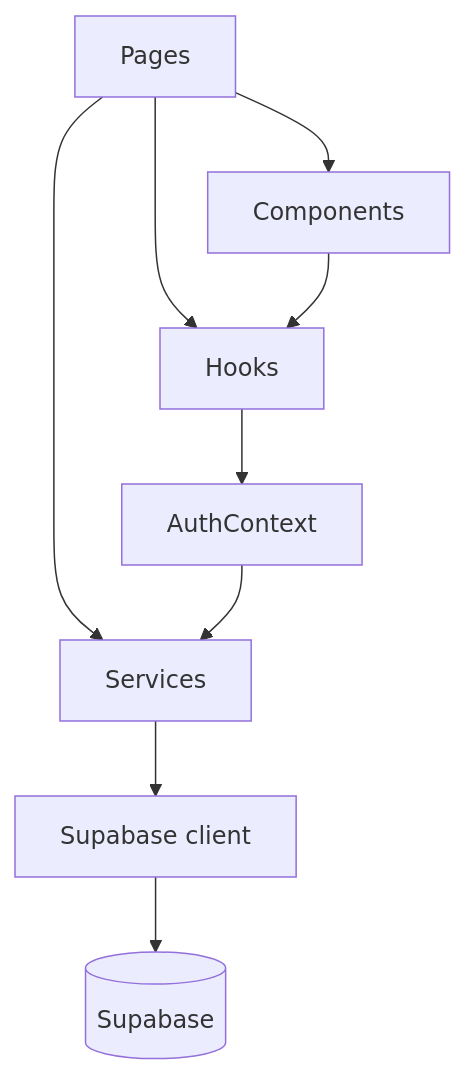
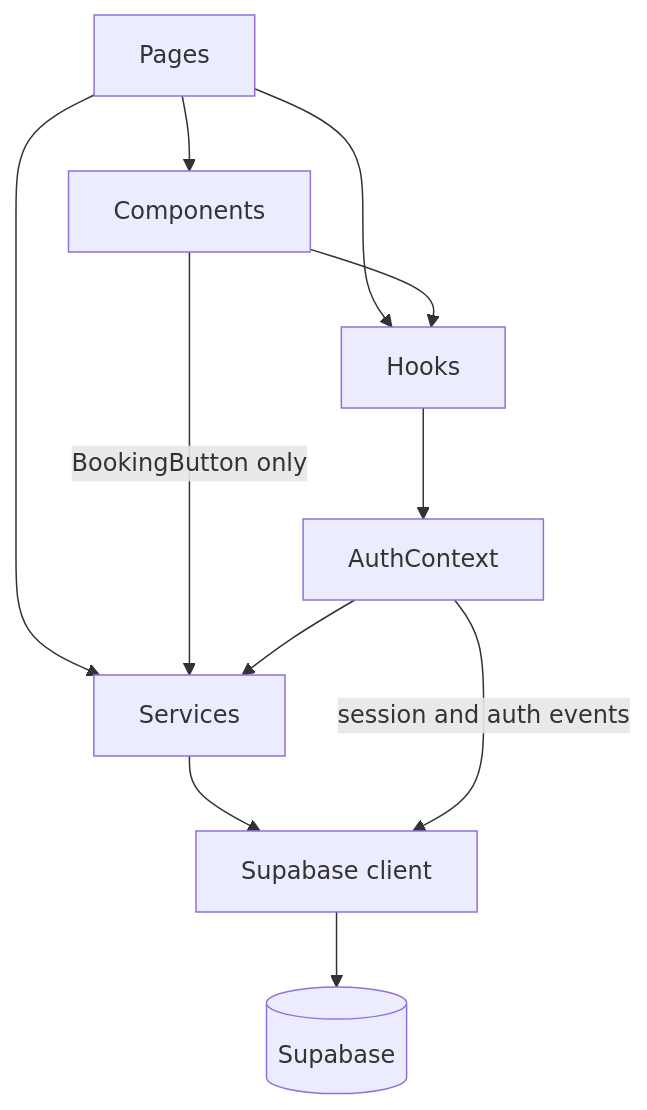
The second of 6 diagrams in architecture.md (TheGhost501/rescue_ready_react_project), drawn with Mermaid before and after one commit. The commit also changed other lines of this file and 2 other files, not shown here.

Commit message:
Updated architecture and readme file to match final state

````diff
--- a/architecture.md
+++ b/architecture.md
@@ -90,11 +91,13 @@
 ```mermaid
 flowchart TD
   pages[Pages] --> components[Components]
   pages --> hooks[Hooks]
   components --> hooks
   pages --> services[Services]
+  components -- "BookingButton only" --> services
   hooks --> context[AuthContext]
   context --> services
   services --> client[Supabase client]
+  context -- "session and auth events" --> client
   client --> backend[(Supabase)]
 ```
````
